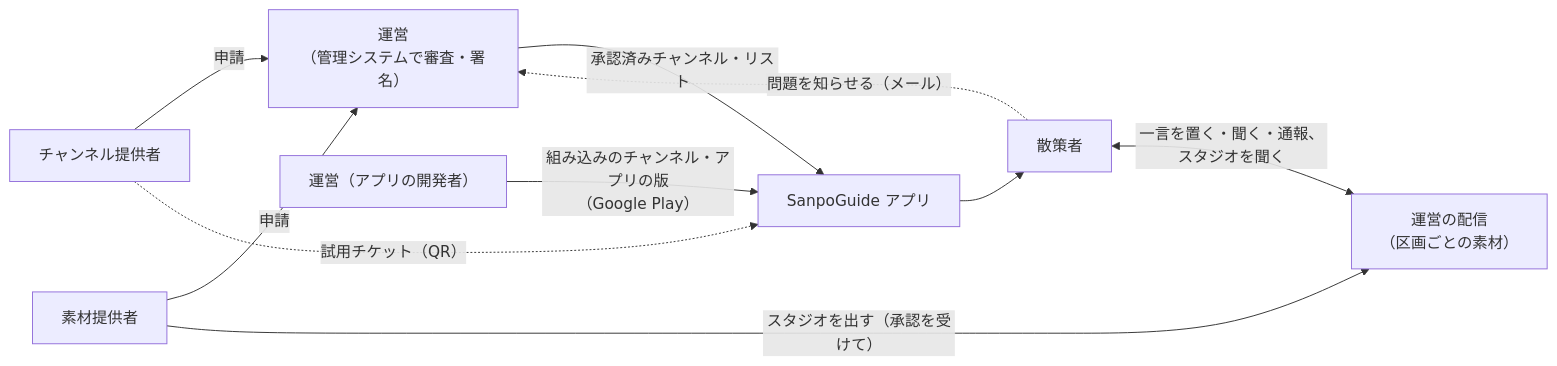
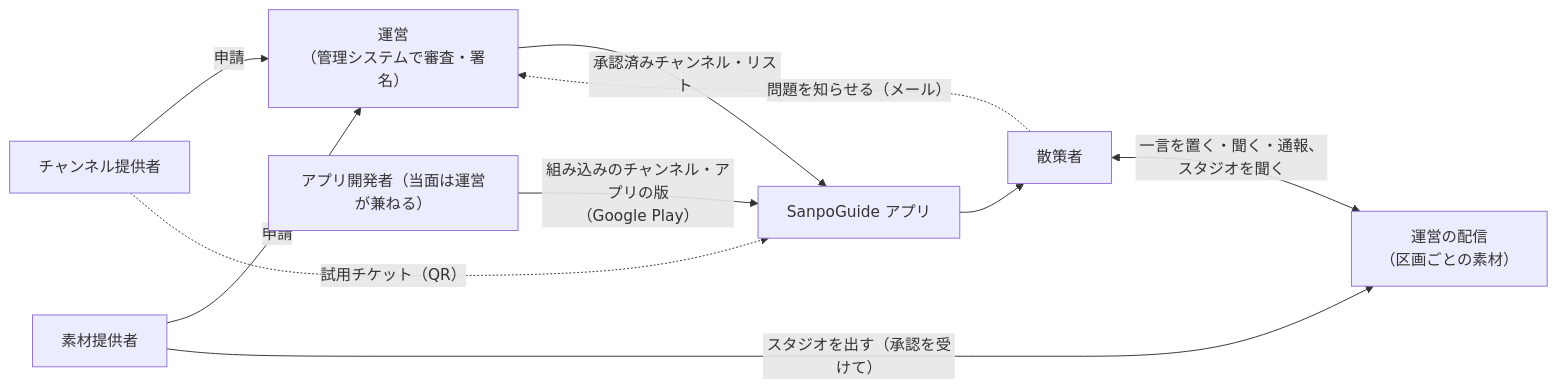
Before and after one commit to duwenji/yorisoi-sanpoguide: the diagram in docs/manual/README.md, drawn with Mermaid. The commit also changed other lines of this file and 5 other files, not shown here.

````diff
--- a/docs/manual/README.md
+++ b/docs/manual/README.md
@@ -25,12 +25,12 @@
 ```mermaid
 flowchart LR
   CP["チャンネル提供者"] -- "申請" --> OPS["運営<br/>（管理システムで審査・署名）"]
   MP["素材提供者"] -- "申請" --> OPS
   OPS -- "承認済みチャンネル・リスト" --> APP["SanpoGuide アプリ"]
-  DEV["運営（アプリの開発者）"] -- "組み込みのチャンネル・アプリの版<br/>（Google Play）" --> APP
+  DEV["アプリ開発者（当面は運営が兼ねる）"] -- "組み込みのチャンネル・アプリの版<br/>（Google Play）" --> APP
   APP --> W["散策者"]
   W -. "問題を知らせる（メール）" .-> OPS
   W <-- "一言を置く・聞く・通報、スタジオを聞く" --> ST["運営の配信<br/>（区画ごとの素材）"]
   MP -- "スタジオを出す（承認を受けて）" --> ST
   CP -. "試用チケット（QR）" .-> APP
 ```
````
